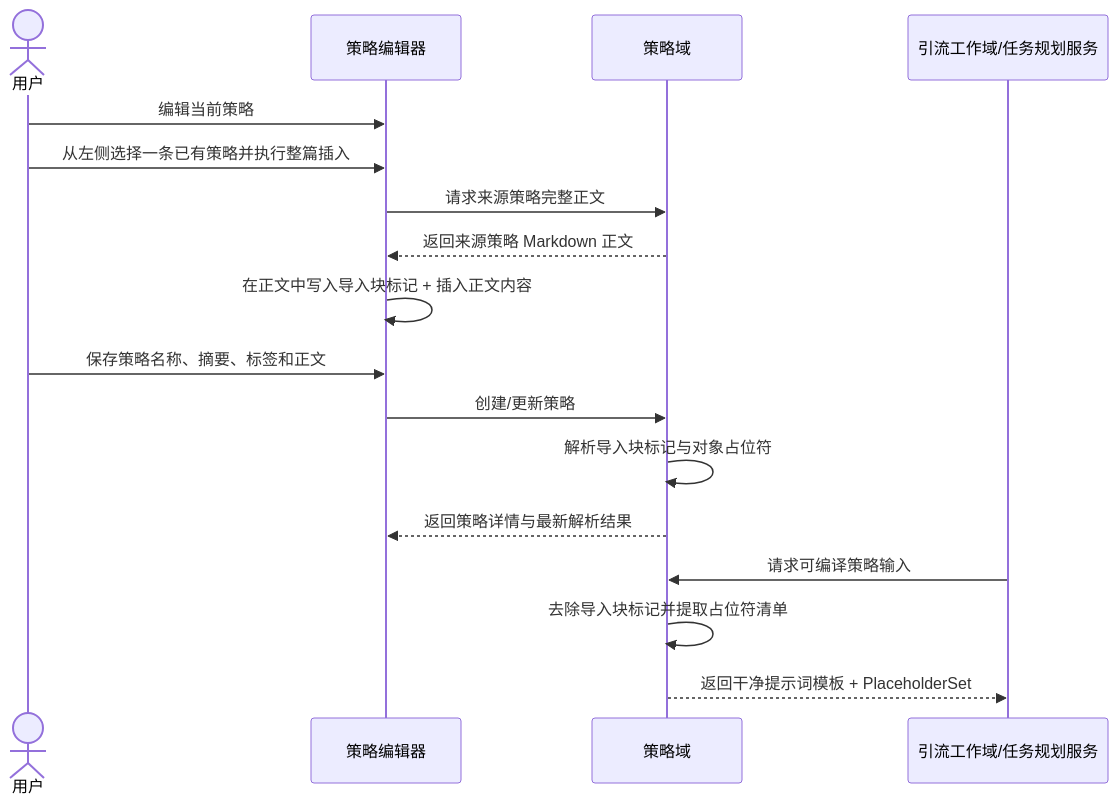
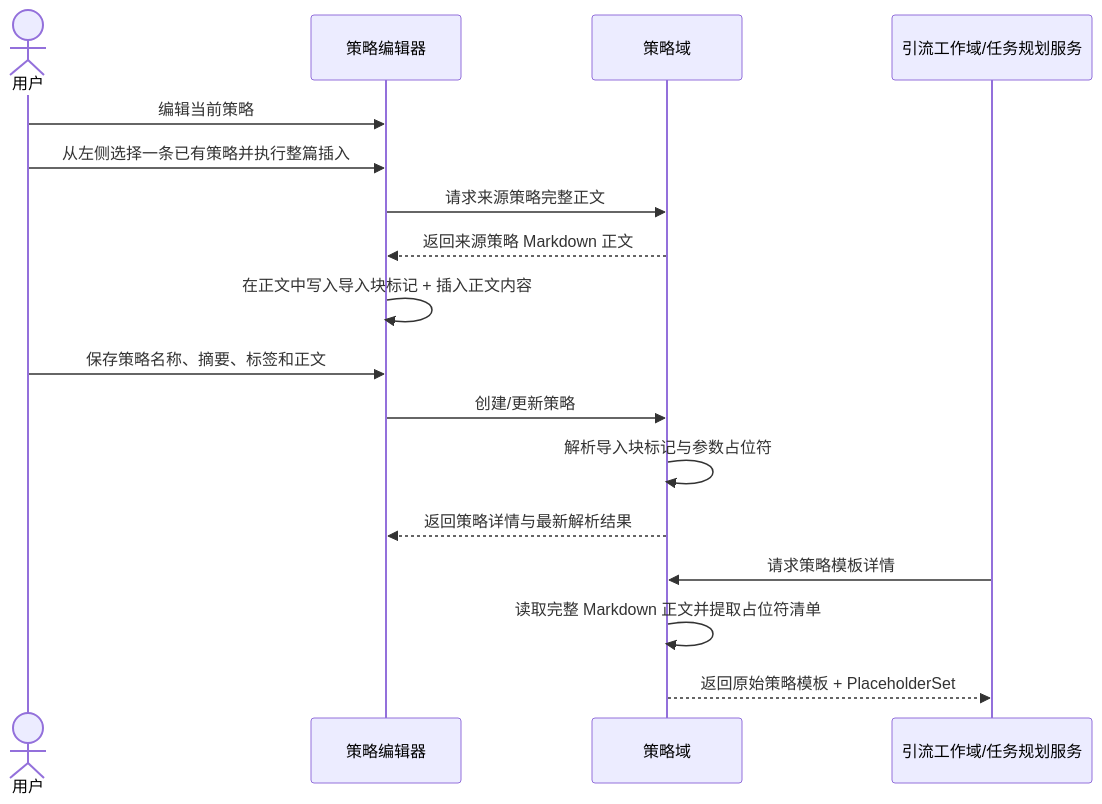
Before and after one commit to Time-Machine-Lab/CyberNomads: the second of 2 diagrams in docs/design/domain/Cybernomads策略领域设计文档.md, drawn with Mermaid. The commit also changed other lines of this file and 29 other files, not shown here.

````diff
--- a/docs/design/domain/Cybernomads策略领域设计文档.md
+++ b/docs/design/domain/Cybernomads策略领域设计文档.md
@@ -146,22 +151,22 @@
 ```mermaid
 sequenceDiagram
     actor User as 用户
     participant Editor as 策略编辑器
     participant StrategyDomain as 策略域
     participant WorkOrPlanner as 引流工作域/任务规划服务
 
     User->>Editor: 编辑当前策略
     User->>Editor: 从左侧选择一条已有策略并执行整篇插入
     Editor->>StrategyDomain: 请求来源策略完整正文
     StrategyDomain-->>Editor: 返回来源策略 Markdown 正文
     Editor->>Editor: 在正文中写入导入块标记 + 插入正文内容
 
     User->>Editor: 保存策略名称、摘要、标签和正文
     Editor->>StrategyDomain: 创建/更新策略
-    StrategyDomain->>StrategyDomain: 解析导入块标记与对象占位符
+    StrategyDomain->>StrategyDomain: 解析导入块标记与参数占位符
     StrategyDomain-->>Editor: 返回策略详情与最新解析结果
 
-    WorkOrPlanner->>StrategyDomain: 请求可编译策略输入
-    StrategyDomain->>StrategyDomain: 去除导入块标记并提取占位符清单
-    StrategyDomain-->>WorkOrPlanner: 返回干净提示词模板 + PlaceholderSet
+    WorkOrPlanner->>StrategyDomain: 请求策略模板详情
+    StrategyDomain->>StrategyDomain: 读取完整 Markdown 正文并提取占位符清单
+    StrategyDomain-->>WorkOrPlanner: 返回原始策略模板 + PlaceholderSet
 ```
````
